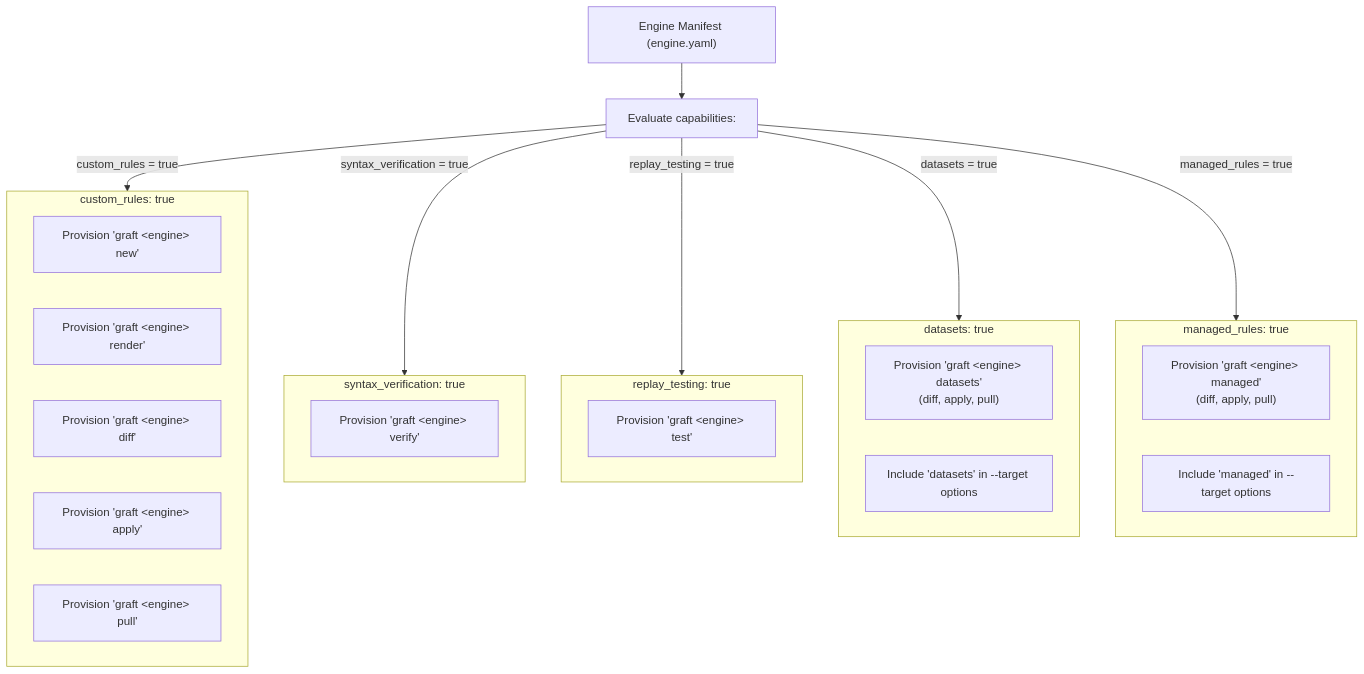
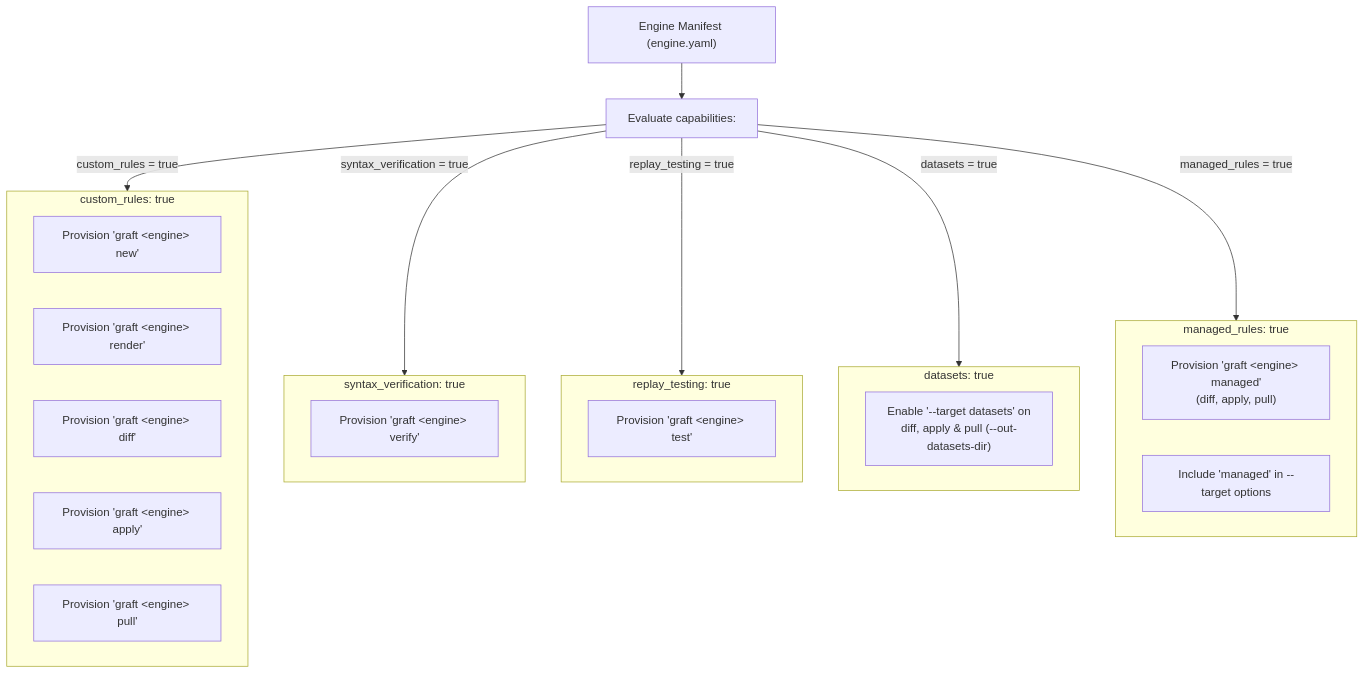
One commit to lopes/graft changed the third of 3 diagrams in docs/developers/framework.md. Above: the diagram before and after it, drawn with Mermaid. The commit also changed other lines of this file and 73 other files, not shown here.

````diff
--- a/docs/developers/framework.md
+++ b/docs/developers/framework.md
@@ -365,39 +364,38 @@
 ```mermaid
 flowchart TD
     MANIFEST["Engine Manifest (engine.yaml)"]
     CAPS["Evaluate capabilities:"]
 
     MANIFEST --> CAPS
 
     subgraph CustomBranch["custom_rules: true"]
         C_NEW["Provision 'graft &lt;engine&gt; new'"]
         C_RENDER["Provision 'graft &lt;engine&gt; render'"]
         C_DIFF["Provision 'graft &lt;engine&gt; diff'"]
         C_APPLY["Provision 'graft &lt;engine&gt; apply'"]
         C_PULL["Provision 'graft &lt;engine&gt; pull'"]
     end
 
     subgraph SyntaxBranch["syntax_verification: true"]
         S_VERIFY["Provision 'graft &lt;engine&gt; verify'"]
     end
 
     subgraph ReplayBranch["replay_testing: true"]
         R_TEST["Provision 'graft &lt;engine&gt; test'"]
     end
 
     subgraph DatasetsBranch["datasets: true"]
-        D_CMD["Provision 'graft &lt;engine&gt; datasets'<br/>(diff, apply, pull)"]
-        D_TARGET["Include 'datasets' in --target options"]
+        D_TARGET["Enable '--target datasets' on<br/>diff, apply &amp; pull (--out-datasets-dir)"]
     end
 
     subgraph ManagedBranch["managed_rules: true"]
         M_CMD["Provision 'graft &lt;engine&gt; managed'<br/>(diff, apply, pull)"]
         M_TARGET["Include 'managed' in --target options"]
     end
 
     CAPS -- "custom_rules = true" --> CustomBranch
     CAPS -- "syntax_verification = true" --> SyntaxBranch
     CAPS -- "replay_testing = true" --> ReplayBranch
     CAPS -- "datasets = true" --> DatasetsBranch
     CAPS -- "managed_rules = true" --> ManagedBranch
 ```
````
